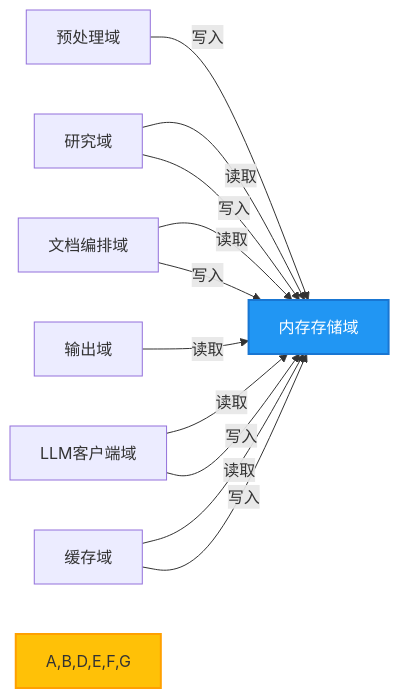
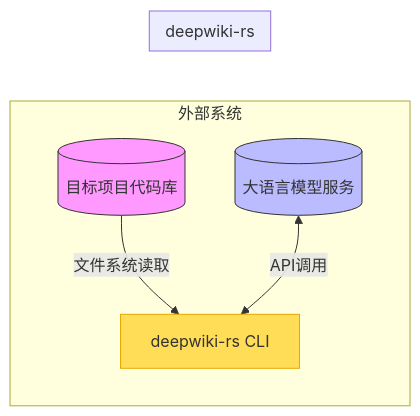
The first of 7 diagrams in docs/2、架构概览.md (BigtoC/deepwiki-rs), drawn with Mermaid before and after one commit. The commit also changed other lines of this file and 24 other files, not shown here.

````diff
--- a/docs/2、架构概览.md
+++ b/docs/2、架构概览.md
@@ -326,16 +67,18 @@
 ```mermaid
 graph LR
-    A[预处理域] -->|写入| C[内存存储域]
-    B[研究域] -->|读取| C
-    B -->|写入| C
-    D[文档编排域] -->|读取| C
-    D -->|写入| C
-    E[输出域] -->|读取| C
-    F[LLM客户端域] -->|读取| C
-    F -->|写入| C
-    G[缓存域] -->|读取| C
-    G -->|写入| C
+    subgraph External["外部系统"]
+        A[(目标项目代码库)] -->|文件系统读取| deepwiki
+        B[(大语言模型服务)] <-->|API调用| deepwiki
+    end
 
-    style C fill:#2196F3,stroke:#1976D2,stroke-width:2px,color:white
-    style A,B,D,E,F,G fill:#FFC107,stroke:#FFA000,stroke-width:2px
+    subgraph Internal["deepwiki-rs"]
+        deepwiki[deepwiki-rs CLI]
+    end
+
+    style A fill:#f9f,stroke:#333
+    style B fill:#bbf,stroke:#333
+    style deepwiki fill:#ffdd57,stroke:#e6a800
+
+    classDef external fill:#f0f2f5,stroke:#8c8c8c;
+    class A,B external
 ```
````
